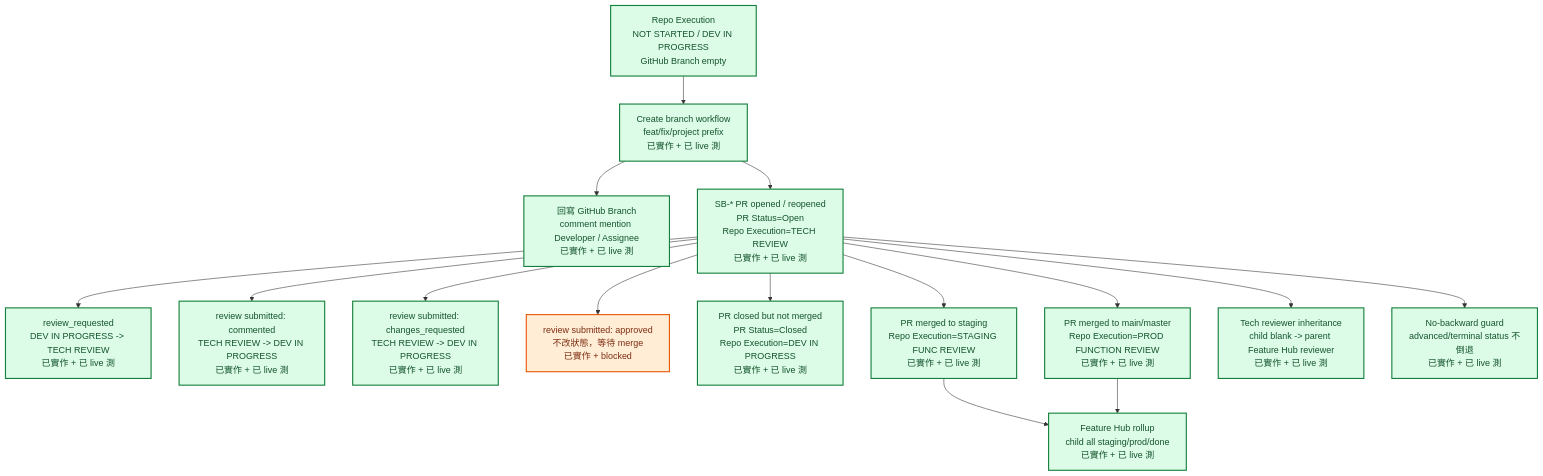
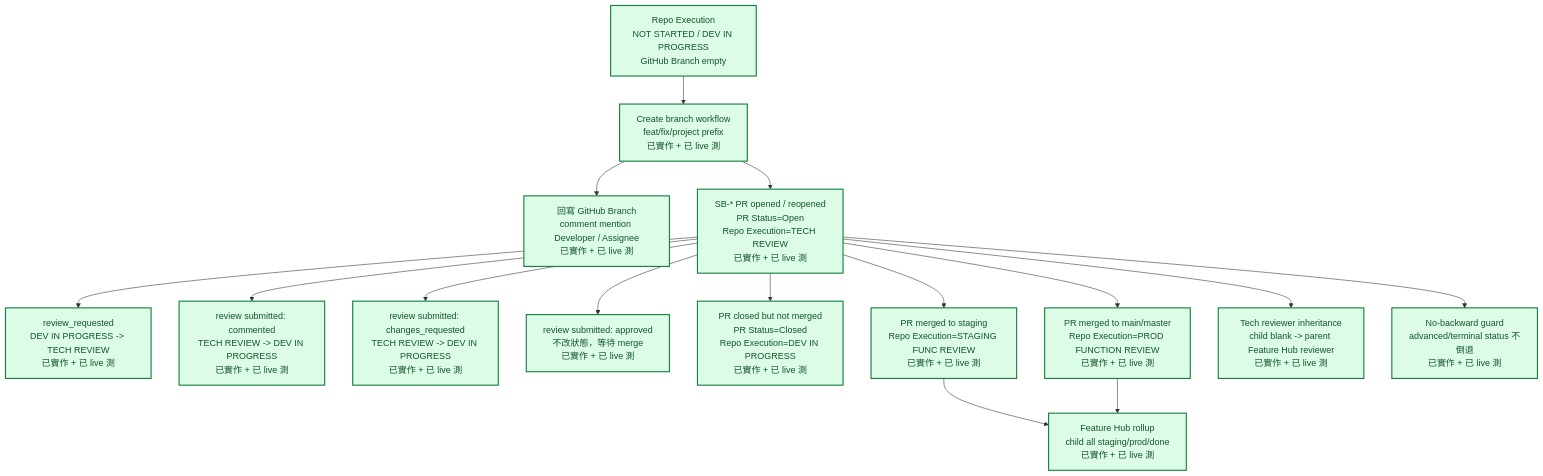
Before and after one commit to ARTOGO/github-docs: the third of 8 diagrams in docs/notion-automation-flow-map.md, drawn with Mermaid. The commit also changed other lines of this file and 3 other files, not shown here.

````diff
--- a/docs/notion-automation-flow-map.md
+++ b/docs/notion-automation-flow-map.md
@@ -74,23 +74,22 @@
 ```mermaid
 flowchart TD
   sb["Repo Execution<br/>NOT STARTED / DEV IN PROGRESS<br/>GitHub Branch empty"] --> branch["Create branch workflow<br/>feat/fix/project prefix<br/>已實作 + 已 live 測"]
   branch --> branchWrite["回寫 GitHub Branch<br/>comment mention Developer / Assignee<br/>已實作 + 已 live 測"]
   branch --> prOpen["SB-* PR opened / reopened<br/>PR Status=Open<br/>Repo Execution=TECH REVIEW<br/>已實作 + 已 live 測"]
   prOpen --> reviewReq["review_requested<br/>DEV IN PROGRESS -> TECH REVIEW<br/>已實作 + 已 live 測"]
   prOpen --> reviewComment["review submitted: commented<br/>TECH REVIEW -> DEV IN PROGRESS<br/>已實作 + 已 live 測"]
   prOpen --> reviewChange["review submitted: changes_requested<br/>TECH REVIEW -> DEV IN PROGRESS<br/>已實作 + 已 live 測"]
-  prOpen --> reviewApprove["review submitted: approved<br/>不改狀態，等待 merge<br/>已實作 + blocked"]
+  prOpen --> reviewApprove["review submitted: approved<br/>不改狀態，等待 merge<br/>已實作 + 已 live 測"]
   prOpen --> closeNoMerge["PR closed but not merged<br/>PR Status=Closed<br/>Repo Execution=DEV IN PROGRESS<br/>已實作 + 已 live 測"]
   prOpen --> mergeStaging["PR merged to staging<br/>Repo Execution=STAGING FUNC REVIEW<br/>已實作 + 已 live 測"]
   prOpen --> mergeProd["PR merged to main/master<br/>Repo Execution=PROD FUNCTION REVIEW<br/>已實作 + 已 live 測"]
   mergeStaging --> rollup["Feature Hub rollup<br/>child all staging/prod/done<br/>已實作 + 已 live 測"]
   mergeProd --> rollup
   prOpen --> inherit["Tech reviewer inheritance<br/>child blank -> parent Feature Hub reviewer<br/>已實作 + 已 live 測"]
   prOpen --> noBackward["No-backward guard<br/>advanced/terminal status 不倒退<br/>已實作 + 已 live 測"]
 
   classDef done fill:#dcfce7,stroke:#15803d,color:#14532d,stroke-width:2px
   classDef blocked fill:#ffedd5,stroke:#ea580c,color:#7c2d12,stroke-width:2px
 
-  class sb,branch,branchWrite,prOpen,reviewReq,reviewComment,reviewChange,closeNoMerge,mergeStaging,mergeProd,rollup,inherit,noBackward done
-  class reviewApprove blocked
+  class sb,branch,branchWrite,prOpen,reviewReq,reviewComment,reviewChange,reviewApprove,closeNoMerge,mergeStaging,mergeProd,rollup,inherit,noBackward done
 ```
````
